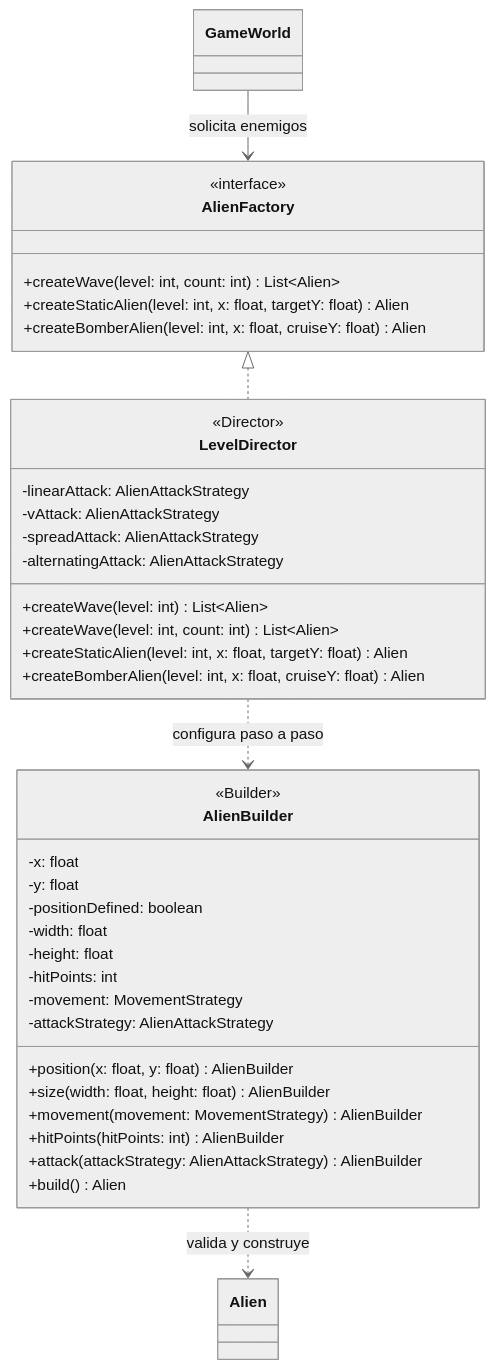
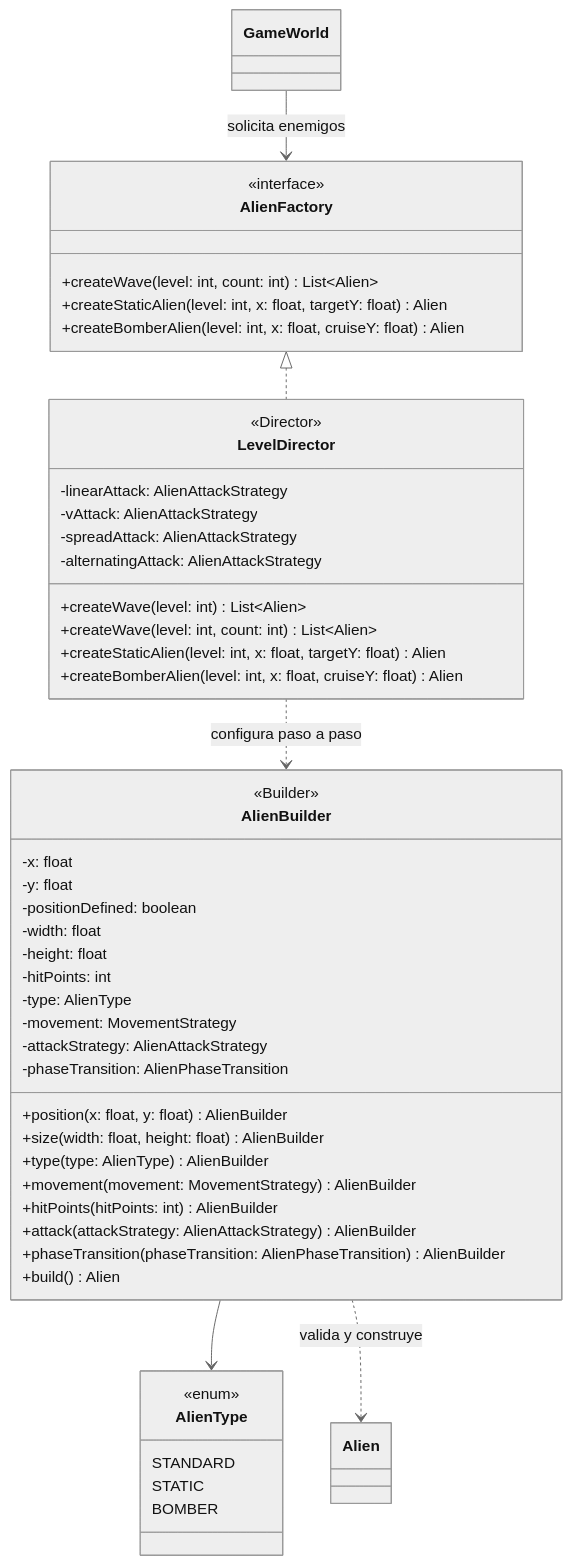
One commit to L3v1smpr/GameProject changed the fourth of 4 diagrams in REPORTE_PROYECTO.md. Above: the diagram before and after it, drawn with Mermaid (neutral theme). The commit also changed other lines of this file and 3 other files, not shown here.

First line of the commit message:
docs: actualizar UML, README y reporte formal (.md y .docx) con transiciones dinamicas de Strategy

````diff
--- a/REPORTE_PROYECTO.md
+++ b/REPORTE_PROYECTO.md
@@ -334,44 +365,55 @@
 ```mermaid
 classDiagram
     class AlienFactory {
         <<interface>>
         +createWave(level: int, count: int) List~Alien~
         +createStaticAlien(level: int, x: float, targetY: float) Alien
         +createBomberAlien(level: int, x: float, cruiseY: float) Alien
     }
     class LevelDirector {
         <<Director>>
         -linearAttack: AlienAttackStrategy
         -vAttack: AlienAttackStrategy
         -spreadAttack: AlienAttackStrategy
         -alternatingAttack: AlienAttackStrategy
         +createWave(level: int) List~Alien~
         +createWave(level: int, count: int) List~Alien~
         +createStaticAlien(level: int, x: float, targetY: float) Alien
         +createBomberAlien(level: int, x: float, cruiseY: float) Alien
     }
     class AlienBuilder {
         <<Builder>>
         -x: float
         -y: float
         -positionDefined: boolean
         -width: float
         -height: float
         -hitPoints: int
+        -type: AlienType
         -movement: MovementStrategy
         -attackStrategy: AlienAttackStrategy
+        -phaseTransition: AlienPhaseTransition
         +position(x: float, y: float) AlienBuilder
         +size(width: float, height: float) AlienBuilder
+        +type(type: AlienType) AlienBuilder
         +movement(movement: MovementStrategy) AlienBuilder
         +hitPoints(hitPoints: int) AlienBuilder
         +attack(attackStrategy: AlienAttackStrategy) AlienBuilder
+        +phaseTransition(phaseTransition: AlienPhaseTransition) AlienBuilder
         +build() Alien
     }
     class Alien
+    class AlienType {
+        <<enum>>
+        STANDARD
+        STATIC
+        BOMBER
+    }
     class GameWorld
 
     AlienFactory <|.. LevelDirector
     GameWorld --> AlienFactory : solicita enemigos
     LevelDirector ..> AlienBuilder : configura paso a paso
+    AlienBuilder --> AlienType
     AlienBuilder ..> Alien : valida y construye
 ```
````
